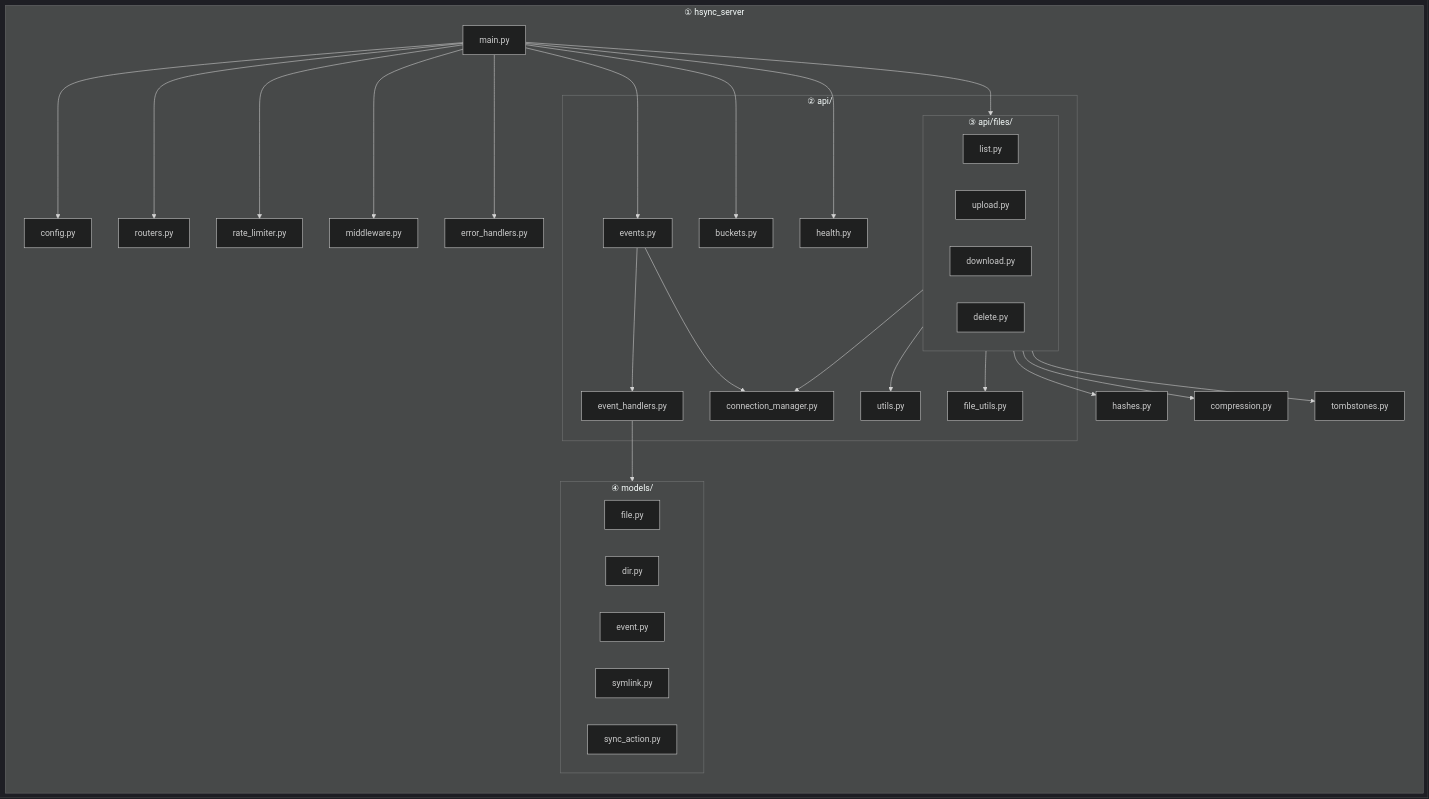
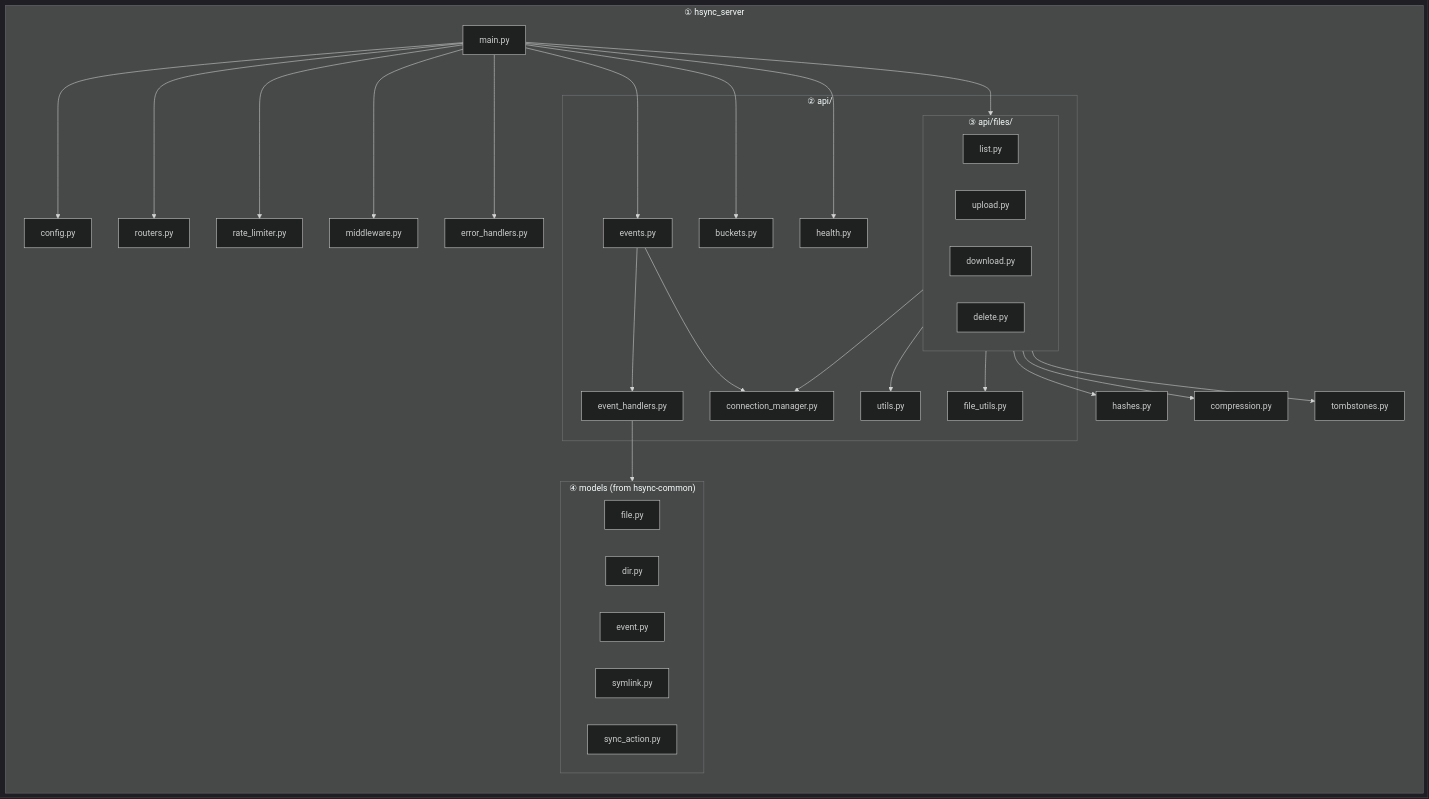
The second of 4 diagrams in docs/architecture.md (albertsdk/hsync-server), drawn with Mermaid (dark theme) before and after one commit. The commit also changed 4 other files, not shown here.

Commit message:
docs: update sync-flow, README, API, architecture, and FAQ

````diff
--- a/docs/architecture.md
+++ b/docs/architecture.md
@@ -72,60 +72,60 @@
 ```mermaid
 graph LR
     subgraph Core["① hsync_server"]
         main[main.py]
         config[config.py]
         routers[routers.py]
         hashes[hashes.py]
         rate_limiter[rate_limiter.py]
         middleware[middleware.py]
         error_handlers[error_handlers.py]
         compression[compression.py]
         tombstones[tombstones.py]
 
         subgraph Api["② api/"]
             events[events.py]
             event_handlers[event_handlers.py]
             buckets[buckets.py]
             health[health.py]
             connmgr[connection_manager.py]
             utils[utils.py]
             file_utils[file_utils.py]
 
             subgraph FilesPkg["③ api/files/"]
                 flist[list.py]
                 fupload[upload.py]
                 fdownload[download.py]
                 fdelete[delete.py]
             end
         end
 
-        subgraph Models["④ models/"]
+        subgraph Models["④ models (from hsync-common)"]
             file[file.py]
             dir[dir.py]
             event[event.py]
             symlink[symlink.py]
             sync_action[sync_action.py]
         end
     end
 
     main --> config
     main --> routers
     main --> rate_limiter
     main --> middleware
     main --> error_handlers
     main --> events
     main --> FilesPkg
     main --> buckets
     main --> health
 
     FilesPkg --> utils
     FilesPkg --> file_utils
     FilesPkg --> hashes
     FilesPkg --> compression
     FilesPkg --> tombstones
     FilesPkg --> connmgr
 
     events --> event_handlers
     events --> connmgr
     event_handlers --> Models
 ```
````
